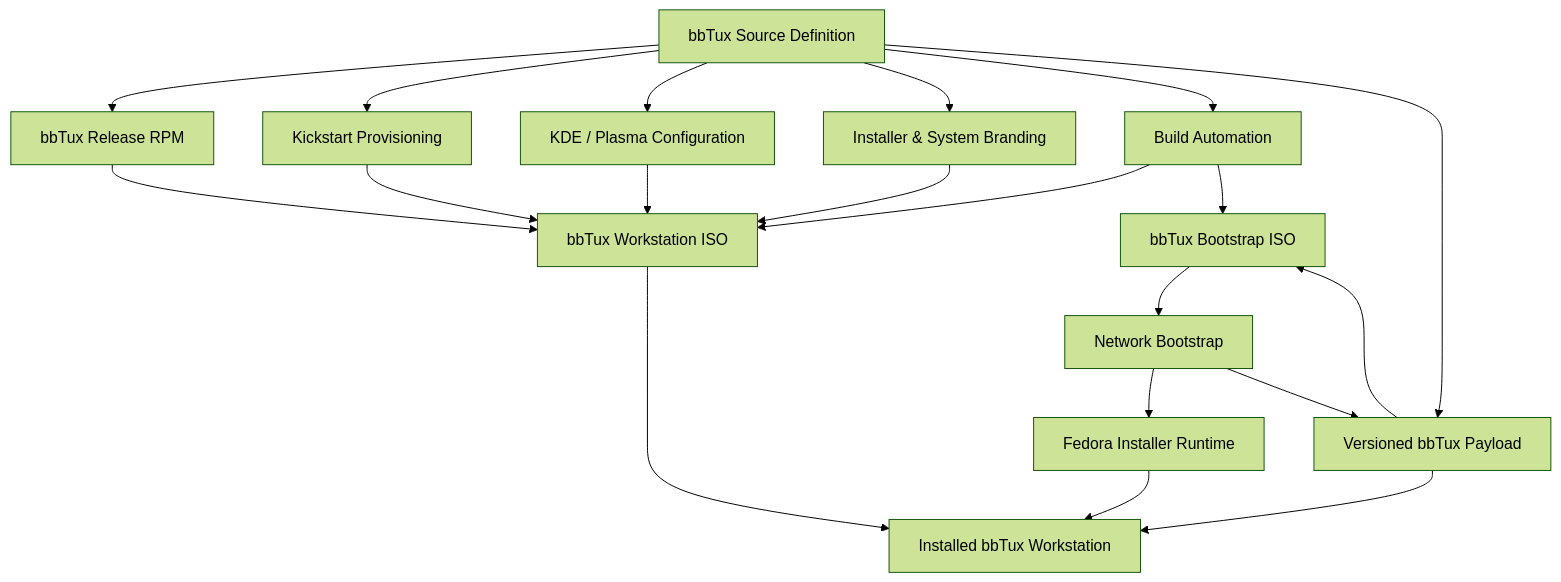
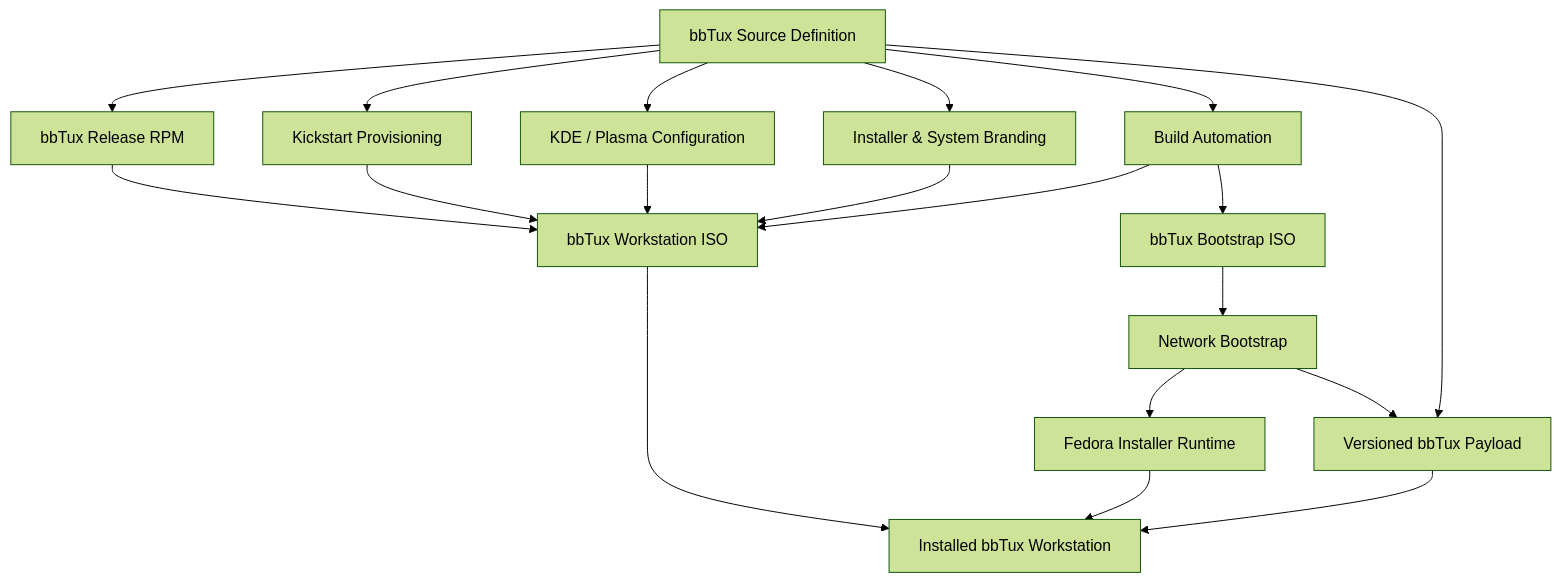
One commit to thepocock/bbTux changed the first of 4 diagrams in README.md. Above: the diagram before and after it, drawn with Mermaid (forest theme).

````diff
--- a/README.md
+++ b/README.md
@@ -44,28 +44,27 @@
 ```mermaid
 flowchart TD
     SRC["bbTux Source Definition"]
     SRC --> RPM["bbTux Release RPM"]
     SRC --> KS["Kickstart Provisioning"]
     SRC --> KDE["KDE / Plasma Configuration"]
     SRC --> BRAND["Installer & System Branding"]
     SRC --> BUILD["Build Automation"]
 
     RPM --> ISO["bbTux Workstation ISO"]
     KS --> ISO
     KDE --> ISO
     BRAND --> ISO
     BUILD --> ISO
 
     SRC --> PAYLOAD["Versioned bbTux Payload"]
     BUILD --> BOOT["bbTux Bootstrap ISO"]
-    PAYLOAD --> BOOT
 
     BOOT --> NETWORK["Network Bootstrap"]
     NETWORK --> FEDORA["Fedora Installer Runtime"]
     NETWORK --> PAYLOAD
 
     ISO --> SYSTEM["Installed bbTux Workstation"]
     FEDORA --> SYSTEM
     PAYLOAD --> SYSTEM
 
 ```
````
